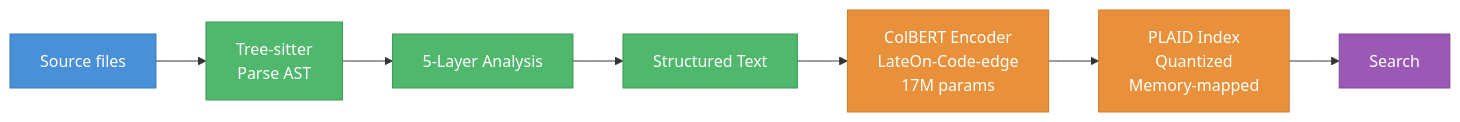
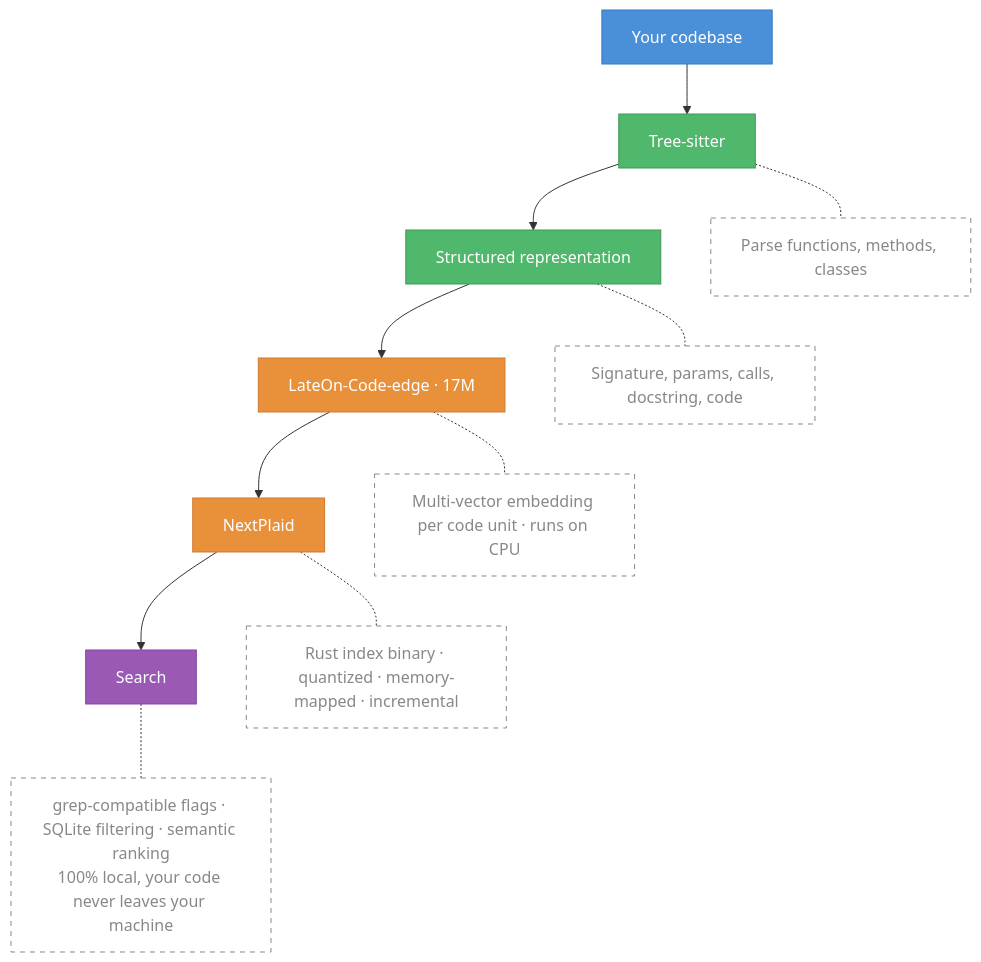
The diagram in colgrep/README.md (lightonai/next-plaid), drawn with Mermaid before and after one commit. The commit also changed other lines of this file and 2 other files, not shown here.

````diff
--- a/colgrep/README.md
+++ b/colgrep/README.md
@@ -257,17 +259,27 @@
 ```mermaid
-flowchart LR
-    A["Source files"] --> B["Tree-sitter\nParse AST"]
-    B --> C["5-Layer Analysis"]
-    C --> D["Structured Text"]
-    D --> E["ColBERT Encoder\nLateOn-Code-edge\n17M params"]
-    E --> F["PLAID Index\nQuantized\nMemory-mapped"]
-    F --> G["Search"]
+flowchart TD
+    A["Your codebase"] --> B["Tree-sitter"]
+    B --> C["Structured representation"]
+    C --> D["LateOn-Code-edge · 17M"]
+    D --> E["NextPlaid"]
+    E --> F["Search"]
+
+    B -.- B1["Parse functions, methods, classes"]
+    C -.- C1["Signature, params, calls, docstring, code"]
+    D -.- D1["Multi-vector embedding per code unit · runs on CPU"]
+    E -.- E1["Rust index binary · quantized · memory-mapped · incremental"]
+    F -.- F1["grep-compatible flags · SQLite filtering · semantic ranking
+100% local, your code never leaves your machine"]
 
     style A fill:#4a90d9,stroke:#357abd,color:#fff
     style B fill:#50b86c,stroke:#3d9956,color:#fff
     style C fill:#50b86c,stroke:#3d9956,color:#fff
-    style D fill:#50b86c,stroke:#3d9956,color:#fff
+    style D fill:#e8913a,stroke:#d07a2e,color:#fff
     style E fill:#e8913a,stroke:#d07a2e,color:#fff
-    style F fill:#e8913a,stroke:#d07a2e,color:#fff
-    style G fill:#9b59b6,stroke:#8445a0,color:#fff
+    style F fill:#9b59b6,stroke:#8445a0,color:#fff
+    style B1 fill:none,stroke:#888,stroke-dasharray:5 5,color:#888
+    style C1 fill:none,stroke:#888,stroke-dasharray:5 5,color:#888
+    style D1 fill:none,stroke:#888,stroke-dasharray:5 5,color:#888
+    style E1 fill:none,stroke:#888,stroke-dasharray:5 5,color:#888
+    style F1 fill:none,stroke:#888,stroke-dasharray:5 5,color:#888
 ```
````
